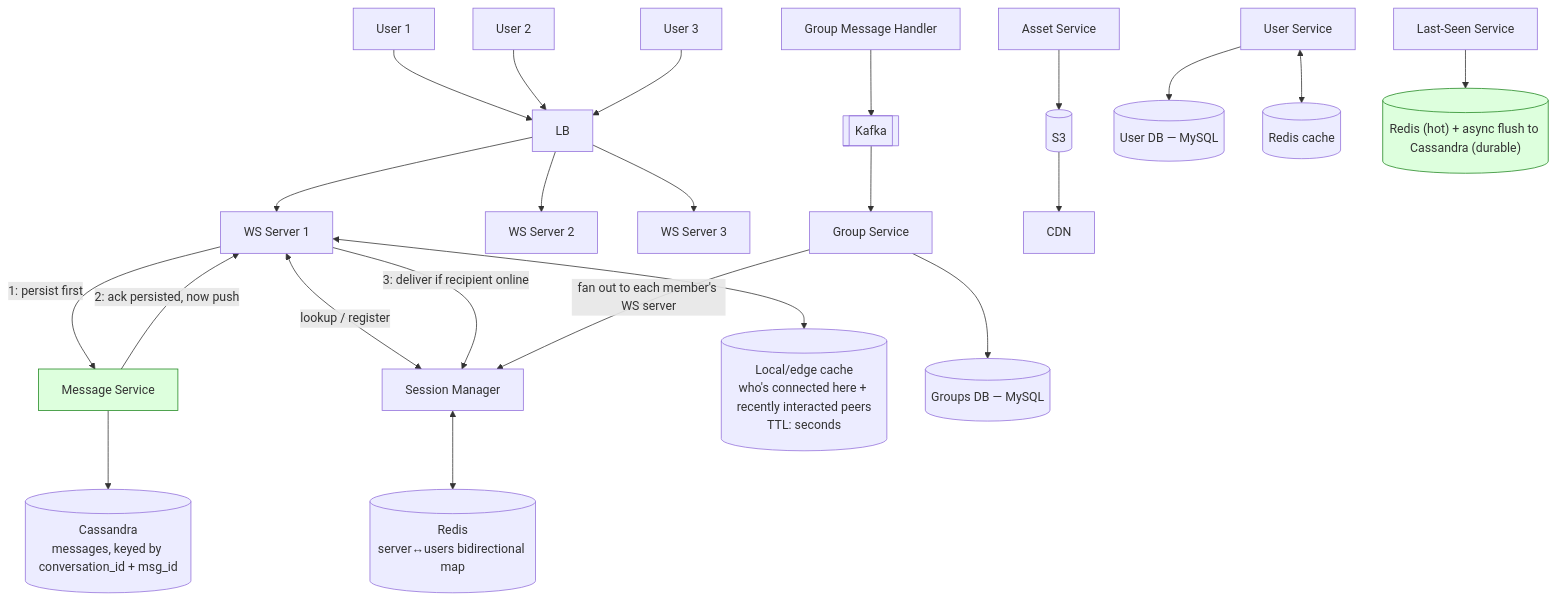
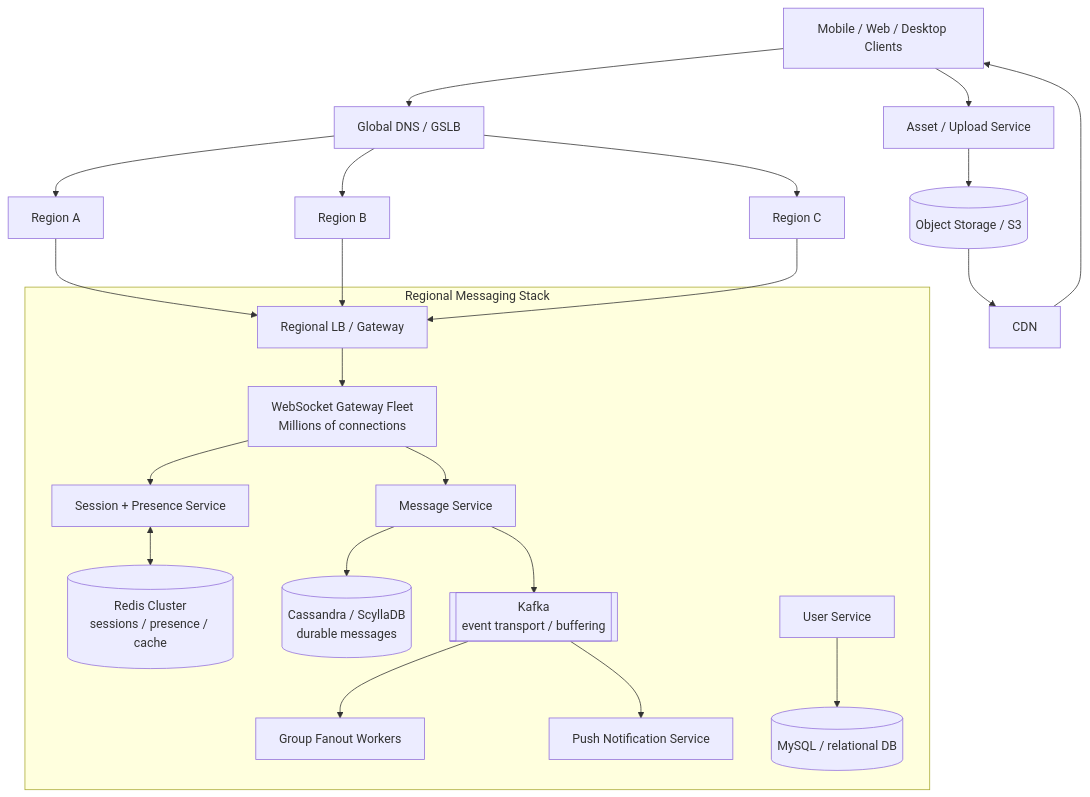
The diagram in designs/02-whatsapp-chat-system.md (IdanArgaman/System_Design), drawn with Mermaid before and after one commit. The commit also changed other lines of this file, not shown here.

````diff
--- a/designs/02-whatsapp-chat-system.md
+++ b/designs/02-whatsapp-chat-system.md
@@ -13,31 +51,55 @@
 ```mermaid
 flowchart TD
-    U1[User 1] & U2[User 2] & U3[User 3] --> LB1["LB"]
-    LB1 --> WS1["WS Server 1"] & WS2["WS Server 2"] & WS3["WS Server 3"]
+    Client["Mobile / Web / Desktop Clients"]
 
-    WS1 <-->|"lookup / register"| SM["Session Manager"]
-    SM <--> SessionStore[("Redis<br/>server↔users bidirectional map")]
+    GSLB["Global DNS / GSLB"]
+    Client --> GSLB
 
-    WS1 -->|"1: persist first"| MsgSvc["Message Service"]
-    MsgSvc --> Cass[("Cassandra<br/>messages, keyed by conversation_id + msg_id")]
-    MsgSvc -->|"2: ack persisted, now push"| WS1
-    WS1 -->|"3: deliver if recipient online"| SM
+    GSLB --> RegionA["Region A"]
+    GSLB --> RegionB["Region B"]
+    GSLB --> RegionC["Region C"]
 
-    WS1 <--> LocalCache[("Local/edge cache<br/>who's connected here + recently interacted peers<br/>TTL: seconds")]
+    subgraph R1["Regional Messaging Stack"]
+        LB["Regional LB / Gateway"]
+        WS["WebSocket Gateway Fleet<br/>Millions of connections"]
+        Session["Session + Presence Service"]
+        Redis[("Redis Cluster<br/>sessions / presence / cache")]
 
-    GMH["Group Message Handler"] --> KafkaG[["Kafka"]]
-    KafkaG --> GS["Group Service"]
-    GS --> GDB[("Groups DB — MySQL")]
-    GS -->|"fan out to each member's WS server"| SM
+        Msg["Message Service"]
+        DB[("Cassandra / ScyllaDB<br/>durable messages")]
+        Kafka[["Kafka<br/>event transport / buffering"]]
 
-    Asset["Asset Service"] --> S3[("S3")]
-    S3 --> CDN["CDN"]
+        Group["Group Fanout Workers"]
+        Push["Push Notification Service"]
 
-    UserSvc["User Service"] --> UDB[("User DB — MySQL")]
-    UserSvc <--> URedis[("Redis cache")]
+        User["User Service"]
+        UserDB[("MySQL / relational DB")]
 
-    LastSeen["Last-Seen Service"] --> LSStore[("Redis (hot) + async flush to Cassandra (durable)")]
+        WS --> Session
+        Session <--> Redis
 
-    classDef fix fill:#dfd,stroke:#282
-    class MsgSvc,LSStore fix
+        WS --> Msg
+        Msg --> DB
+        Msg --> Kafka
+
+        Kafka --> Group
+        Kafka --> Push
+
+        User --> UserDB
+    end
+
+    RegionA --> LB
+    RegionB --> LB
+    RegionC --> LB
+
+    LB --> WS
+
+    Asset["Asset / Upload Service"]
+    ObjectStore[("Object Storage / S3")]
+    CDN["CDN"]
+
+    Client --> Asset
+    Asset --> ObjectStore
+    ObjectStore --> CDN
+    CDN --> Client
 ```
````
